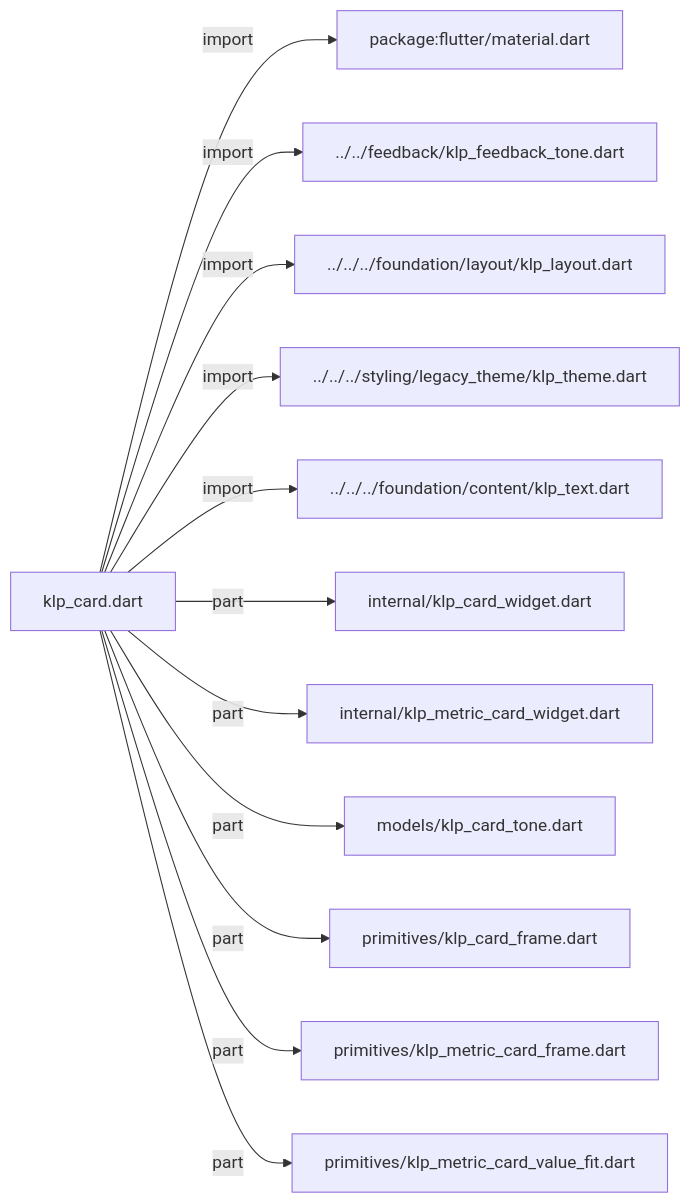
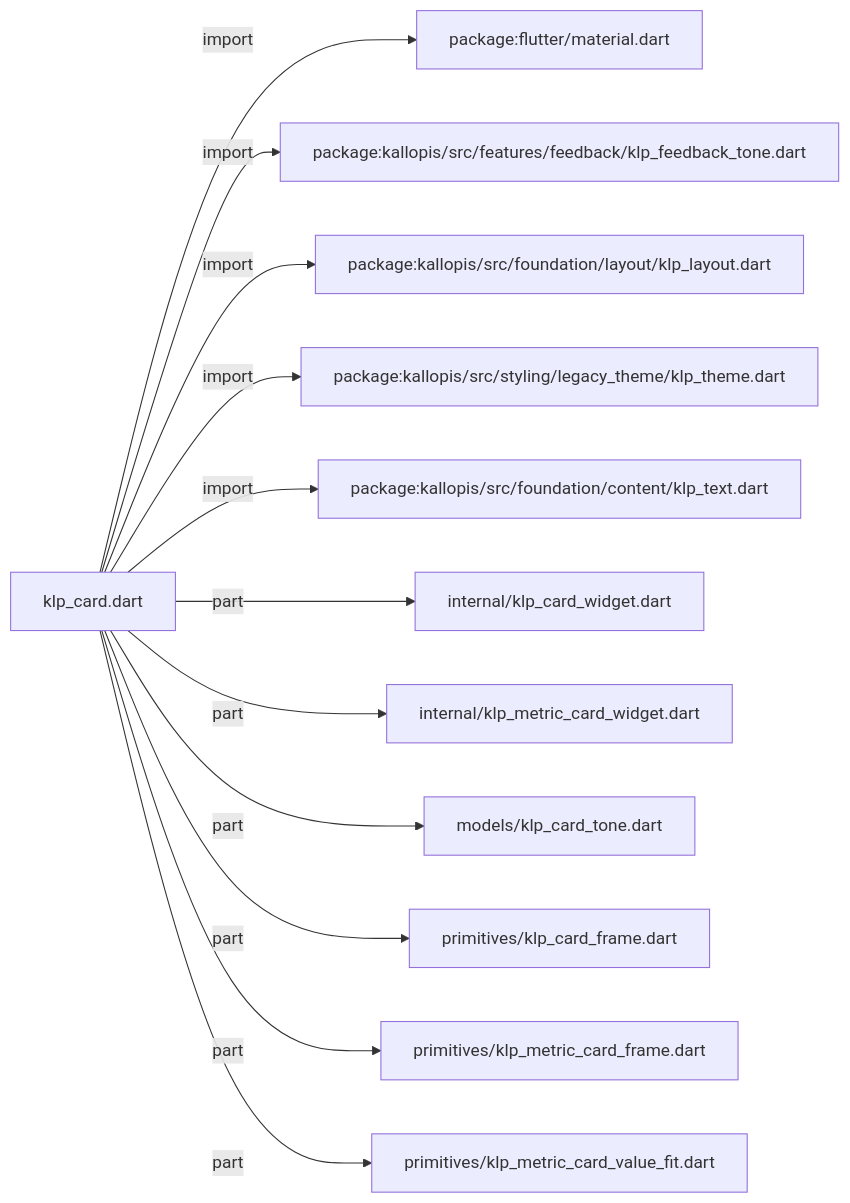
Before and after one commit to MiuDog/Kallopis: the diagram in docs/architecture/src/features/collections/card/klp_card.md, drawn with Mermaid. The commit also changed other lines of this file and 9688 other files, not shown here.

Commit message:
Prepare isolated Flow F2 peer baseline

````diff
--- a/docs/architecture/src/features/collections/card/klp_card.md
+++ b/docs/architecture/src/features/collections/card/klp_card.md
@@ -11,26 +11,26 @@
 ```mermaid
 flowchart LR
 	n0["klp_card.dart"]
 	n1["package:flutter/material.dart"]
-	n2["../../feedback/klp_feedback_tone.dart"]
-	n3["../../../foundation/layout/klp_layout.dart"]
-	n4["../../../styling/legacy_theme/klp_theme.dart"]
-	n5["../../../foundation/content/klp_text.dart"]
+	n2["package:kallopis/src/features/feedback/klp_feedback_tone.dart"]
+	n3["package:kallopis/src/foundation/layout/klp_layout.dart"]
+	n4["package:kallopis/src/styling/legacy_theme/klp_theme.dart"]
+	n5["package:kallopis/src/foundation/content/klp_text.dart"]
 	n6["internal/klp_card_widget.dart"]
 	n7["internal/klp_metric_card_widget.dart"]
 	n8["models/klp_card_tone.dart"]
 	n9["primitives/klp_card_frame.dart"]
 	n10["primitives/klp_metric_card_frame.dart"]
 	n11["primitives/klp_metric_card_value_fit.dart"]
 	n0 -->|"import"| n1
 	n0 -->|"import"| n2
 	n0 -->|"import"| n3
 	n0 -->|"import"| n4
 	n0 -->|"import"| n5
 	n0 -->|"part"| n6
 	n0 -->|"part"| n7
 	n0 -->|"part"| n8
 	n0 -->|"part"| n9
 	n0 -->|"part"| n10
 	n0 -->|"part"| n11
 ```
````
